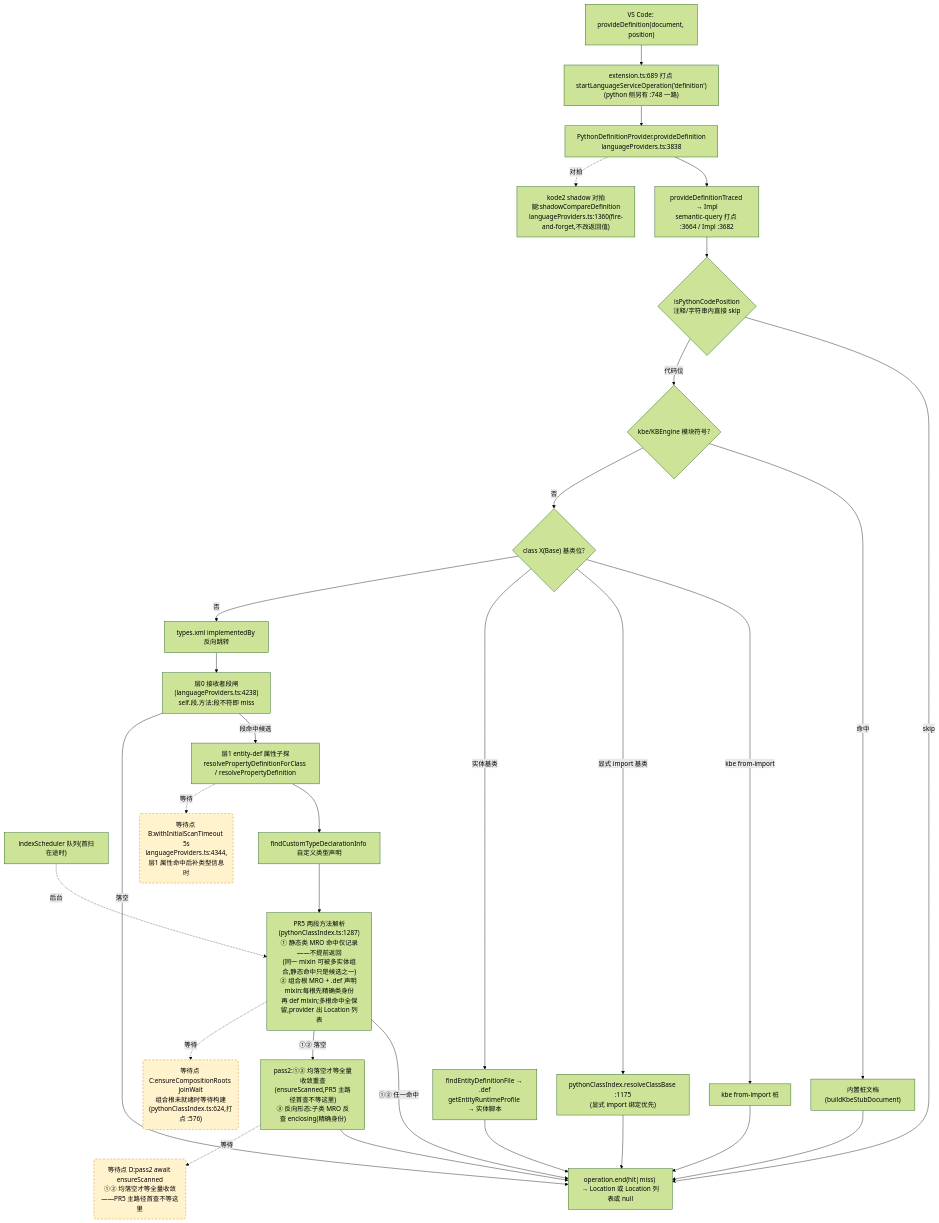
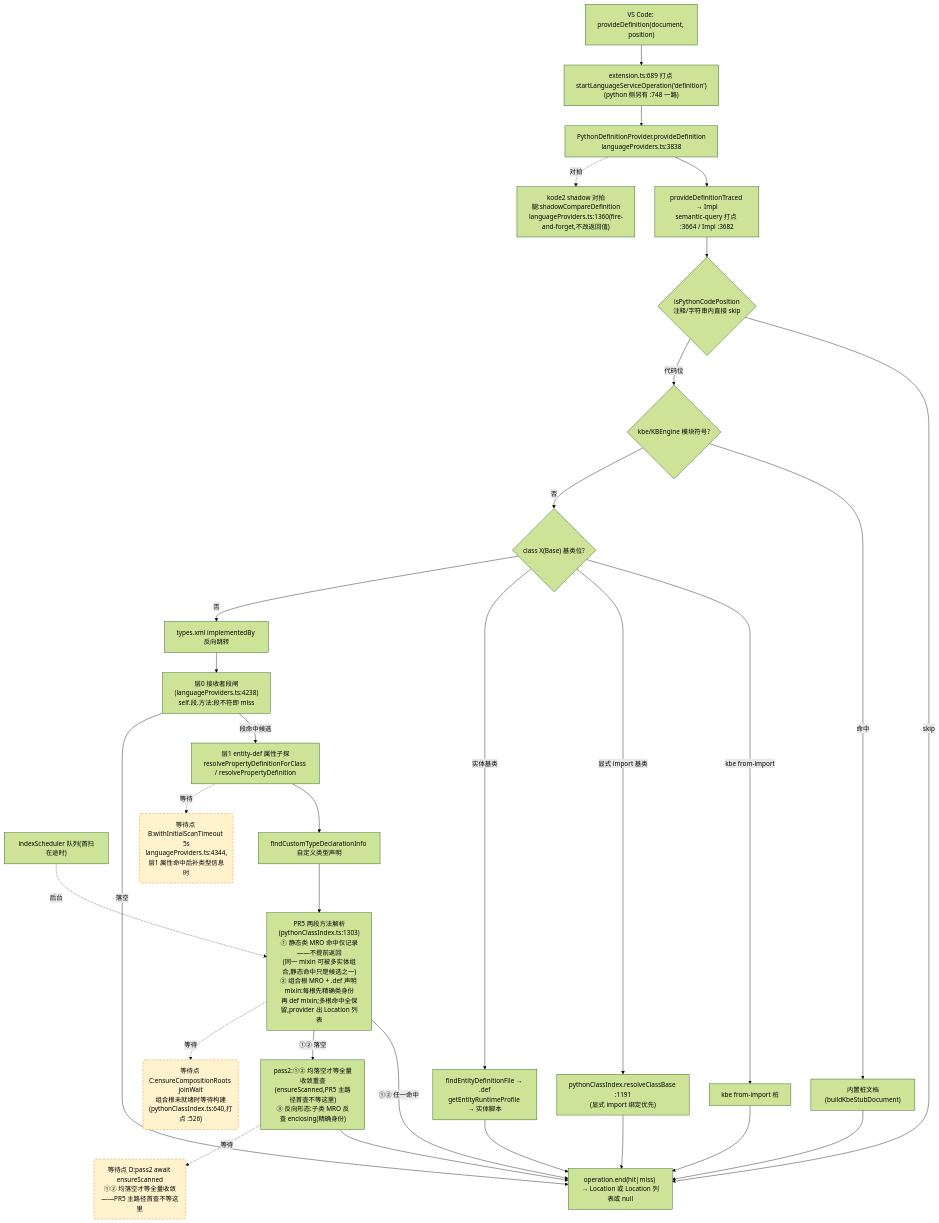
Before and after one commit to cuihairu/kode: the second of 4 diagrams in docs/perf/2026-baseline.md, drawn with Mermaid (forest theme). The commit also changed other lines of this file and 5 other files, not shown here.

````diff
--- a/docs/perf/2026-baseline.md
+++ b/docs/perf/2026-baseline.md
@@ -130,51 +130,51 @@
 ```mermaid
 flowchart TD
   VC2["VS Code: provideDefinition(document, position)"]
   M2["extension.ts:689 打点 startLanguageServiceOperation('definition')<br/>(python 侧另有 :748 一路)"]
   AD2["PythonDefinitionProvider.provideDefinition<br/>languageProviders.ts:3838"]
   TR["provideDefinitionTraced → Impl<br/>semantic-query 打点 :3664 / Impl :3682"]
   CTX{"isPythonCodePosition<br/>注释/字符串内直接 skip"}
   KBE{"kbe/KBEngine 模块符号?"}
   STUB["内置桩文档(buildKbeStubDocument)"]
   CB{"class X(Base) 基类位?"}
   CB1["kbe from-import 桩"]
-  CB2["pythonClassIndex.resolveClassBase :1175<br/>(显式 import 绑定优先)"]
+  CB2["pythonClassIndex.resolveClassBase :1191<br/>(显式 import 绑定优先)"]
   CB3["findEntityDefinitionFile → .def<br/>getEntityRuntimeProfile → 实体脚本"]
   REV["types.xml implementedBy 反向跳转"]
   L0["层0 接收者段闸(languageProviders.ts:4238)<br/>self.段.方法:段不符即 miss"]
   L1["层1 entity-def 属性子探<br/>resolvePropertyDefinitionForClass / resolvePropertyDefinition"]
   SCAN["indexScheduler 队列(首扫在途时)"]
   TY["findCustomTypeDeclarationInfo 自定义类型声明"]
-  MRO["PR5 两段方法解析(pythonClassIndex.ts:1287)<br/>① 静态类 MRO 命中仅记录——不提前返回<br/>(同一 mixin 可被多实体组合,静态命中只是候选之一)<br/>② 组合根 MRO + .def 声明 mixin:每根先精确类身份<br/>再 def mixin;多根命中全保留,provider 出 Location 列表"]
+  MRO["PR5 两段方法解析(pythonClassIndex.ts:1303)<br/>① 静态类 MRO 命中仅记录——不提前返回<br/>(同一 mixin 可被多实体组合,静态命中只是候选之一)<br/>② 组合根 MRO + .def 声明 mixin:每根先精确类身份<br/>再 def mixin;多根命中全保留,provider 出 Location 列表"]
   PASS2["pass2:①② 均落空才等全量收敛重查<br/>(ensureScanned,PR5 主路径首查不等这里)<br/>③ 反向形态:子类 MRO 反查 enclosing(精确身份)"]
   SHD["kode2 shadow 对拍腿:shadowCompareDefinition<br/>languageProviders.ts:1360(fire-and-forget,不改返回值)"]
   END2["operation.end(hit|miss) → Location 或 Location 列表或 null"]
 
   VC2 --> M2 --> AD2 --> TR --> CTX
   CTX -- "skip" --> END2
   CTX -- "代码位" --> KBE
   KBE -- "命中" --> STUB --> END2
   KBE -- "否" --> CB
   CB -- "kbe from-import" --> CB1 --> END2
   CB -- "显式 import 基类" --> CB2 --> END2
   CB -- "实体基类" --> CB3 --> END2
   CB -- "否" --> REV --> L0
   L0 -- "段命中候选" --> L1
   L0 -- "落空" --> END2
   L1 --> TY
   TY --> MRO
   MRO -- "①② 任一命中" --> END2
   MRO -- "①② 落空" --> PASS2 --> END2
   AD2 -.->|对拍| SHD
 
   WAITB("等待点 B:withInitialScanTimeout 5s<br/>languageProviders.ts:4344,层1 属性命中后补类型信息时")
-  WAITC("等待点 C:ensureCompositionRoots joinWait<br/>组合根未就绪时等待构建(pythonClassIndex.ts:624,打点 :576)")
+  WAITC("等待点 C:ensureCompositionRoots joinWait<br/>组合根未就绪时等待构建(pythonClassIndex.ts:640,打点 :526)")
   WAITD("等待点 D:pass2 await ensureScanned<br/>①② 均落空才等全量收敛——PR5 主路径首查不等这里")
   L1 -.->|等待| WAITB
   MRO -.->|等待| WAITC
   PASS2 -.->|等待| WAITD
   SCAN -.->|后台| MRO
 
   classDef waitPoint fill:#fff3cd,stroke:#d97706,stroke-dasharray:5 4;
   class WAITB,WAITC,WAITD waitPoint;
 ```
````
